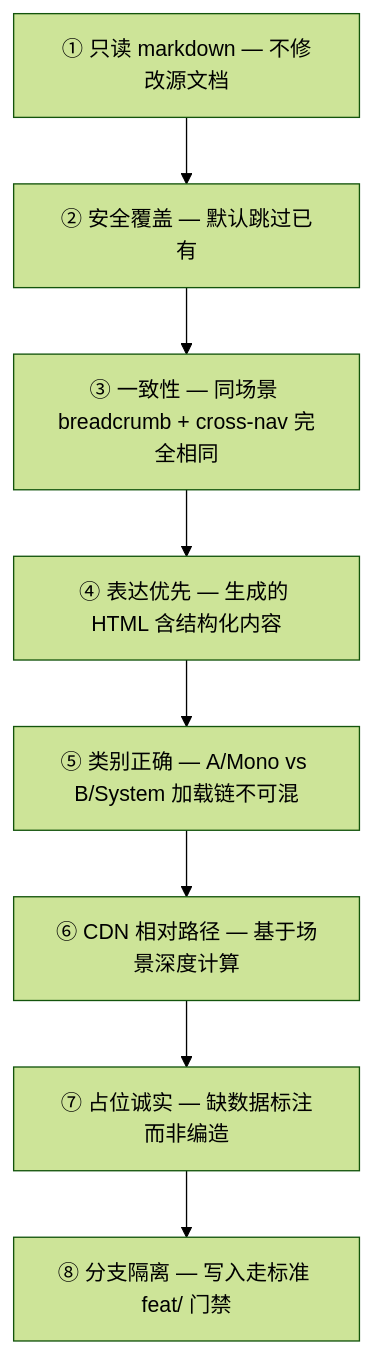
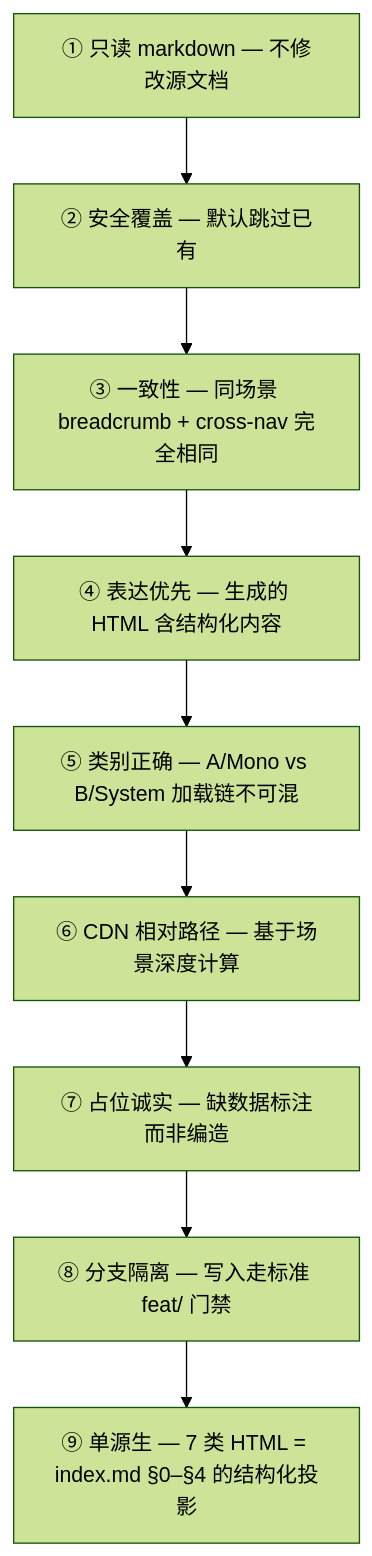
Before and after one commit to effiy/YrY: the sixth of 7 diagrams in skills/rui-html/SKILL.md, drawn with Mermaid (forest theme). The commit also changed other lines of this file and 88 other files, not shown here.

````diff
--- a/skills/rui-html/SKILL.md
+++ b/skills/rui-html/SKILL.md
@@ -206,10 +221,10 @@
 ```mermaid
 flowchart TD
     R1["① 只读 markdown — 不修改源文档"]:::rule --> R2["② 安全覆盖 — 默认跳过已有"]:::rule
     R2 --> R3["③ 一致性 — 同场景 breadcrumb + cross-nav 完全相同"]:::rule
     R3 --> R4["④ 表达优先 — 生成的 HTML 含结构化内容"]:::rule
     R4 --> R5["⑤ 类别正确 — A/Mono vs B/System 加载链不可混"]:::rule
     R5 --> R6["⑥ CDN 相对路径 — 基于场景深度计算"]:::rule
-    R6 --> R7["⑦ 占位诚实 — 缺数据标注而非编造"]:::rule
-    R7 --> R8["⑧ 分支隔离 — 写入走标准 feat/<name> 门禁"]:::rule
+    R6 --> R7["⑦ 占位诚实 — 缺数据标注而非编造"]:::rule --> R8["⑧ 分支隔离 — 写入走标准 feat/<name> 门禁"]:::rule
+    R8 --> R9["⑨ 单源生 — 7 类 HTML = index.md §0–§4 的结构化投影"]:::rule
 ```
````
